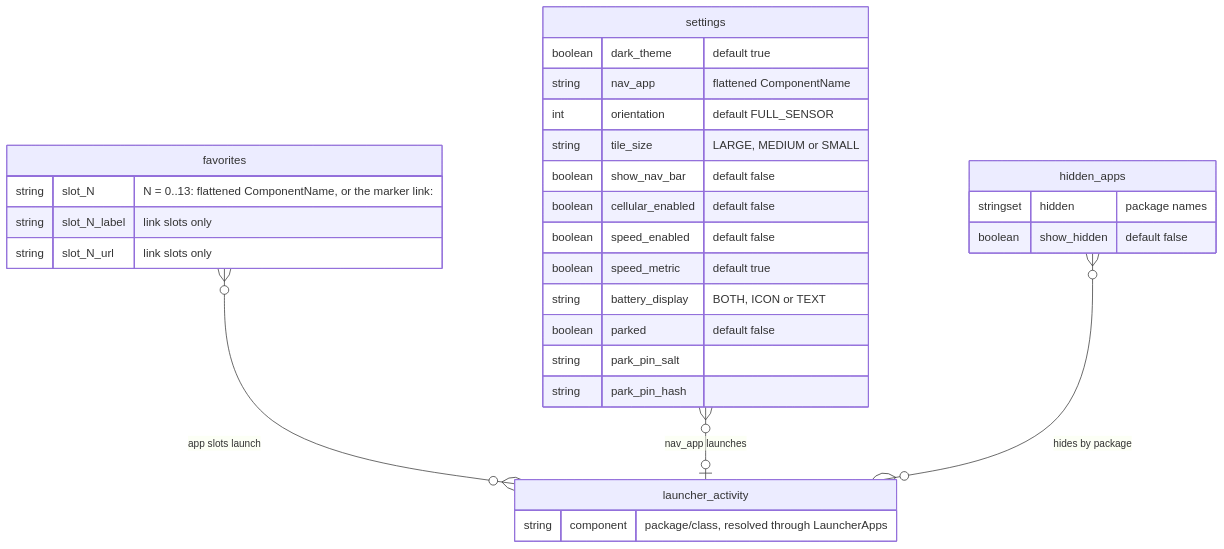
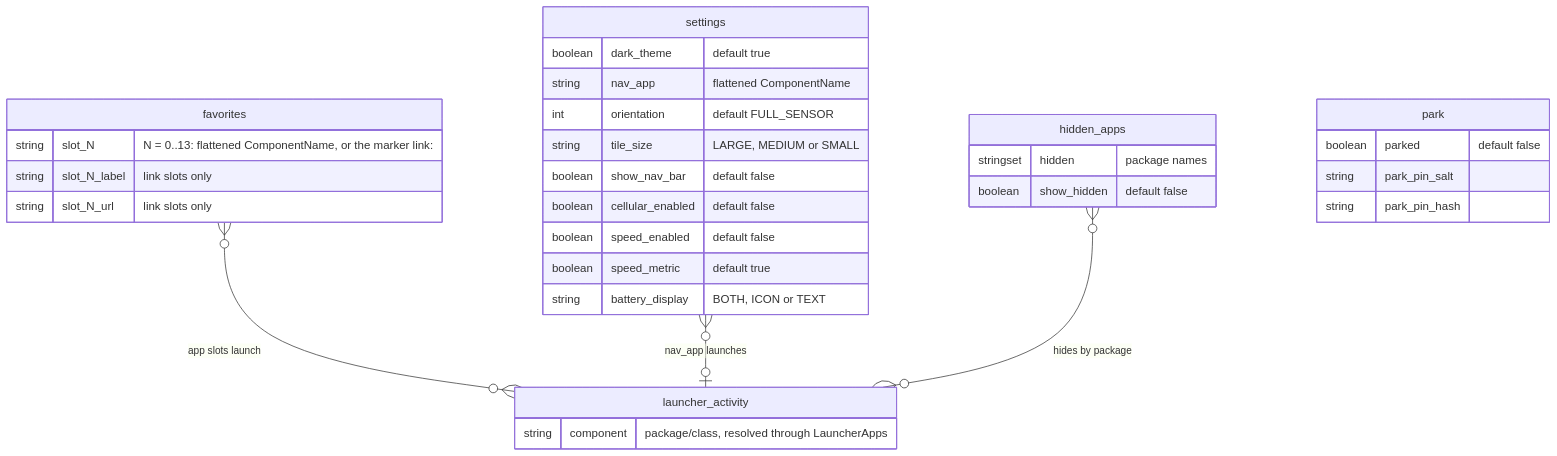
The third of 3 diagrams in .github/architecture.md (c0dev0id/motoLauncher), drawn with Mermaid before and after one commit. The commit also changed other lines of this file and 11 other files, not shown here.

````diff
--- a/.github/architecture.md
+++ b/.github/architecture.md
@@ -98,32 +98,34 @@
 ```mermaid
 erDiagram
     favorites {
         string slot_N "N = 0..13: flattened ComponentName, or the marker link:"
         string slot_N_label "link slots only"
         string slot_N_url "link slots only"
     }
     hidden_apps {
         stringset hidden "package names"
         boolean show_hidden "default false"
     }
     settings {
         boolean dark_theme "default true"
         string nav_app "flattened ComponentName"
         int orientation "default FULL_SENSOR"
         string tile_size "LARGE, MEDIUM or SMALL"
         boolean show_nav_bar "default false"
         boolean cellular_enabled "default false"
         boolean speed_enabled "default false"
         boolean speed_metric "default true"
         string battery_display "BOTH, ICON or TEXT"
+    }
+    park {
         boolean parked "default false"
         string park_pin_salt
         string park_pin_hash
     }
     launcher_activity {
         string component "package/class, resolved through LauncherApps"
     }
     favorites }o--o{ launcher_activity : "app slots launch"
     settings }o--o| launcher_activity : "nav_app launches"
     hidden_apps }o--o{ launcher_activity : "hides by package"
 ```
````
